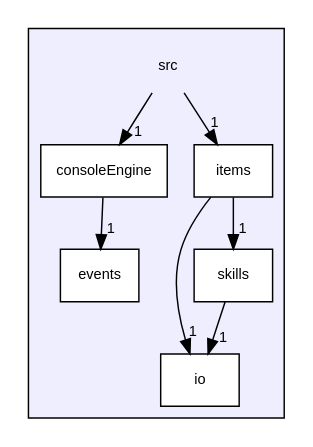
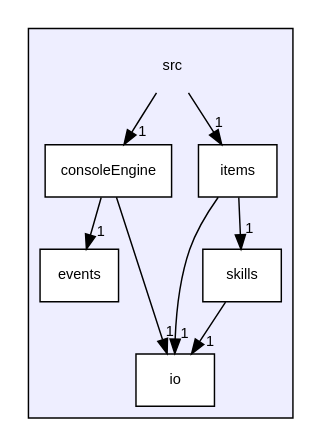
The diagram in dir_68267d1309a1af8e8297ef4c3efbcdba_dep.dot (Wisteca/FilRougeDoc), drawn with Graphviz before and after one commit. The commit also changed 132 other files, not shown here.

```diff
--- a/dir_68267d1309a1af8e8297ef4c3efbcdba_dep.dot
+++ b/dir_68267d1309a1af8e8297ef4c3efbcdba_dep.dot
@@ -1,20 +1,21 @@
 digraph "src" {
   compound=true
   node [ fontsize="10", fontname="Helvetica"];
   edge [ labelfontsize="10", labelfontname="Helvetica"];
   subgraph clusterdir_68267d1309a1af8e8297ef4c3efbcdba {
     graph [ bgcolor="#eeeeff", pencolor="black", label="" URL="dir_68267d1309a1af8e8297ef4c3efbcdba.html"];
     dir_68267d1309a1af8e8297ef4c3efbcdba [shape=plaintext label="src"];
   dir_5a265d8a0feef7fed69ba92aa1265b3e [shape=box label="consoleEngine" fillcolor="white" style="filled" URL="dir_5a265d8a0feef7fed69ba92aa1265b3e.html"];
   dir_14e1e259e8275dc0c459acef3bbf05ae [shape=box label="events" fillcolor="white" style="filled" URL="dir_14e1e259e8275dc0c459acef3bbf05ae.html"];
   dir_c184e51c84f2c3f0345bbc8a0d75d3e1 [shape=box label="io" fillcolor="white" style="filled" URL="dir_c184e51c84f2c3f0345bbc8a0d75d3e1.html"];
   dir_17cee08e17148530a7aedf85f92ee362 [shape=box label="items" fillcolor="white" style="filled" URL="dir_17cee08e17148530a7aedf85f92ee362.html"];
   dir_d702b1830c517f66a168af5170d68148 [shape=box label="skills" fillcolor="white" style="filled" URL="dir_d702b1830c517f66a168af5170d68148.html"];
   }
   dir_68267d1309a1af8e8297ef4c3efbcdba->dir_17cee08e17148530a7aedf85f92ee362 [headlabel="1", labeldistance=1.5 headhref="dir_000000_000004.html"];
   dir_68267d1309a1af8e8297ef4c3efbcdba->dir_5a265d8a0feef7fed69ba92aa1265b3e [headlabel="1", labeldistance=1.5 headhref="dir_000000_000001.html"];
   dir_17cee08e17148530a7aedf85f92ee362->dir_c184e51c84f2c3f0345bbc8a0d75d3e1 [headlabel="1", labeldistance=1.5 headhref="dir_000004_000003.html"];
   dir_17cee08e17148530a7aedf85f92ee362->dir_d702b1830c517f66a168af5170d68148 [headlabel="1", labeldistance=1.5 headhref="dir_000004_000005.html"];
   dir_5a265d8a0feef7fed69ba92aa1265b3e->dir_14e1e259e8275dc0c459acef3bbf05ae [headlabel="1", labeldistance=1.5 headhref="dir_000001_000002.html"];
+  dir_5a265d8a0feef7fed69ba92aa1265b3e->dir_c184e51c84f2c3f0345bbc8a0d75d3e1 [headlabel="1", labeldistance=1.5 headhref="dir_000001_000003.html"];
   dir_d702b1830c517f66a168af5170d68148->dir_c184e51c84f2c3f0345bbc8a0d75d3e1 [headlabel="1", labeldistance=1.5 headhref="dir_000005_000003.html"];
 }
```
